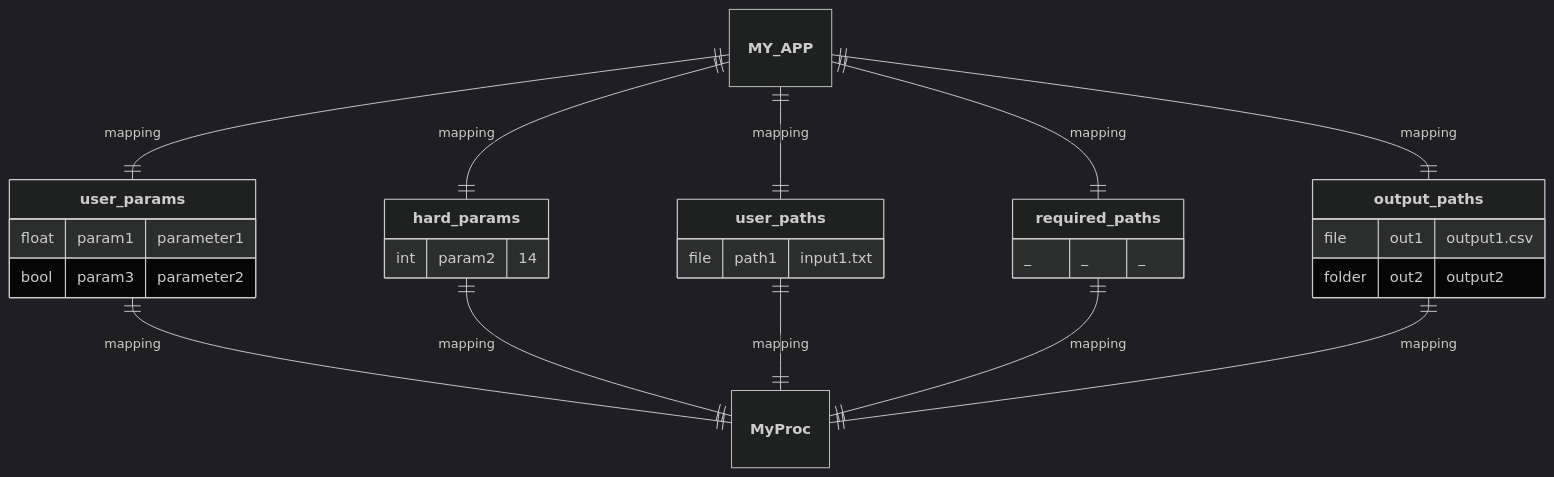
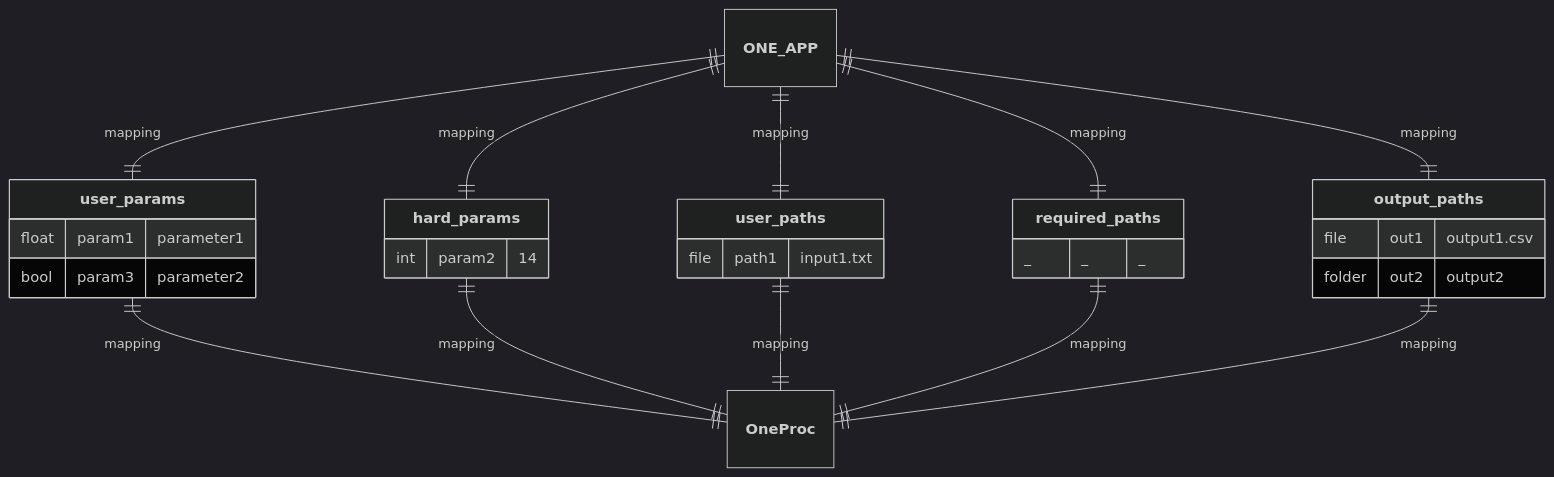
Before and after one commit to nuremics/nuremics: the tenth of 17 diagrams in README.md, drawn with Mermaid (dark theme). The commit also changed other lines of this file, not shown here.

````diff
--- a/README.md
+++ b/README.md
@@ -282,31 +282,31 @@
 ```mermaid
 erDiagram
-  **MY_APP** ||--|| **user_params** : mapping
-  **MY_APP** ||--|| **hard_params** : mapping
-  **MY_APP** ||--|| **user_paths** : mapping
-  **MY_APP** ||--|| **required_paths** : mapping
-  **MY_APP** ||--|| **output_paths** : mapping
-  **user_params** ||--|| **MyProc** : mapping
-  **hard_params** ||--|| **MyProc** : mapping
-  **user_paths** ||--|| **MyProc** : mapping
-  **required_paths** ||--|| **MyProc** : mapping
-  **output_paths** ||--|| **MyProc** : mapping
+  **ONE_APP** ||--|| **user_params** : mapping
+  **ONE_APP** ||--|| **hard_params** : mapping
+  **ONE_APP** ||--|| **user_paths** : mapping
+  **ONE_APP** ||--|| **required_paths** : mapping
+  **ONE_APP** ||--|| **output_paths** : mapping
+  **user_params** ||--|| **OneProc** : mapping
+  **hard_params** ||--|| **OneProc** : mapping
+  **user_paths** ||--|| **OneProc** : mapping
+  **required_paths** ||--|| **OneProc** : mapping
+  **output_paths** ||--|| **OneProc** : mapping
 
   **user_params** {
     float param1 "parameter1"
     bool param3 "parameter2"
   }
   **hard_params** {
     int param2 "14"
   }
   **user_paths** {
     file path1 "input1.txt"
   }
   **required_paths** {
     _ _ "_"
   }
   **output_paths** {
     file out1 "output1.csv"
     folder out2 "output2"
   }
 ```
````
